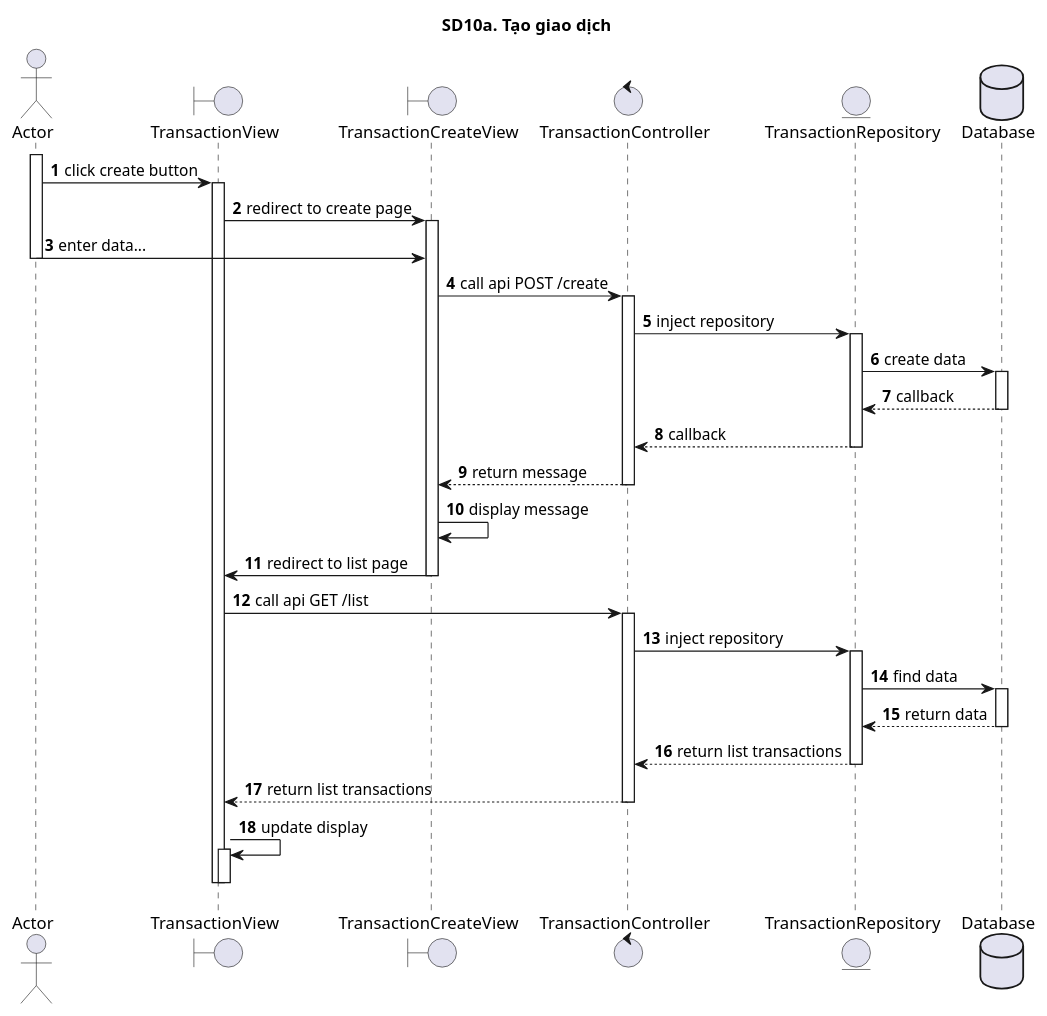
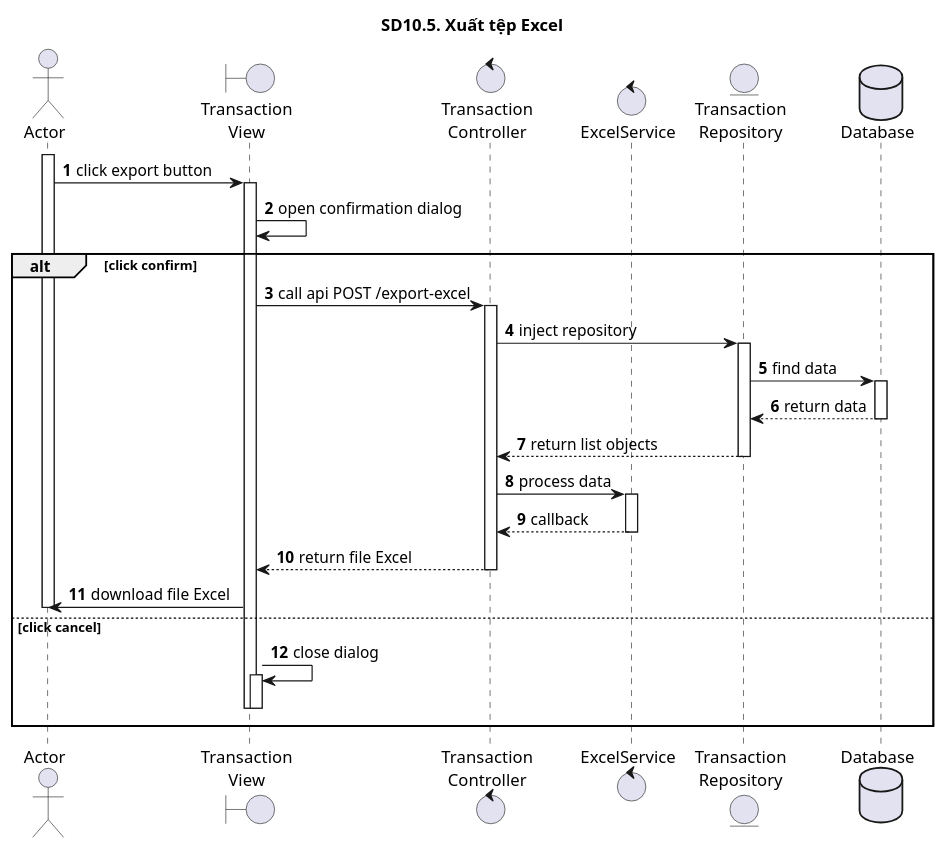
Before and after one commit to ITZ-Developers/Finance-UML: the diagram in 10_QuanLyGiaoDich/sd10.5.puml, drawn with PlantUML. The commit also changed 7 other files, not shown here.

```diff
--- a/10_QuanLyGiaoDich/sd10.5.puml
+++ b/10_QuanLyGiaoDich/sd10.5.puml
@@ -1,48 +1,39 @@
 @startuml SQ
 autonumber
-title SD10a. Tạo giao dịch
+title SD10.5. Xuất tệp Excel
 actor "Actor" as actor
-boundary "TransactionView" as view
-boundary "TransactionCreateView" as createView
-control "TransactionController" as controller
-entity "TransactionRepository" as model
+boundary "Transaction\nView" as view
+control "Transaction\nController" as controller
+control "ExcelService" as service
+entity "Transaction\nRepository" as model
 database "Database" as database
 activate actor
-actor -> view : click create button
+actor -> view : click export button
 activate view
-view -> createView: redirect to create page
-activate createView
-actor -> createView: enter data...
-deactivate actor
-createView -> controller : call api POST /create
-activate controller
-controller -> model : inject repository
-activate model
-model -> database : create data
-activate database
-database --> model : callback
-deactivate database
-model --> controller : callback
-deactivate model
-controller --> createView : return message
-deactivate controller
-createView -> createView : display message
-createView -> view : redirect to list page
-deactivate createView
-view -> controller : call api GET /list
+view -> view: open confirmation dialog
+alt click confirm
+view -> controller : call api POST /export-excel
 activate controller
 controller -> model : inject repository
 activate model
 model -> database : find data
 activate database
 database --> model : return data
 deactivate database
-model --> controller : return list transactions
+model --> controller : return list objects
 deactivate model
-controller --> view : return list transactions
+controller -> service: process data
+activate service
+service --> controller : callback
+deactivate service
+controller --> view : return file Excel
 deactivate controller
-view -> view: update display
+view -> actor: download file Excel
+deactivate actor
+else click cancel
+view -> view: close dialog
 activate view
 deactivate view
 deactivate view
+end
 @enduml
```
